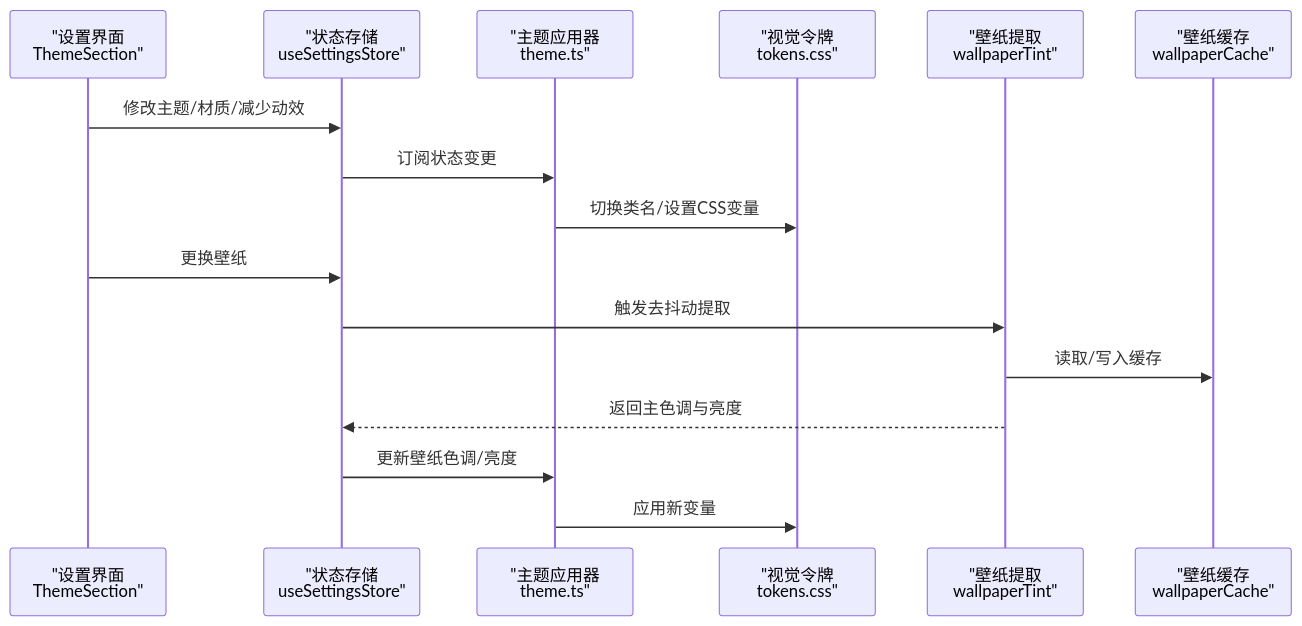
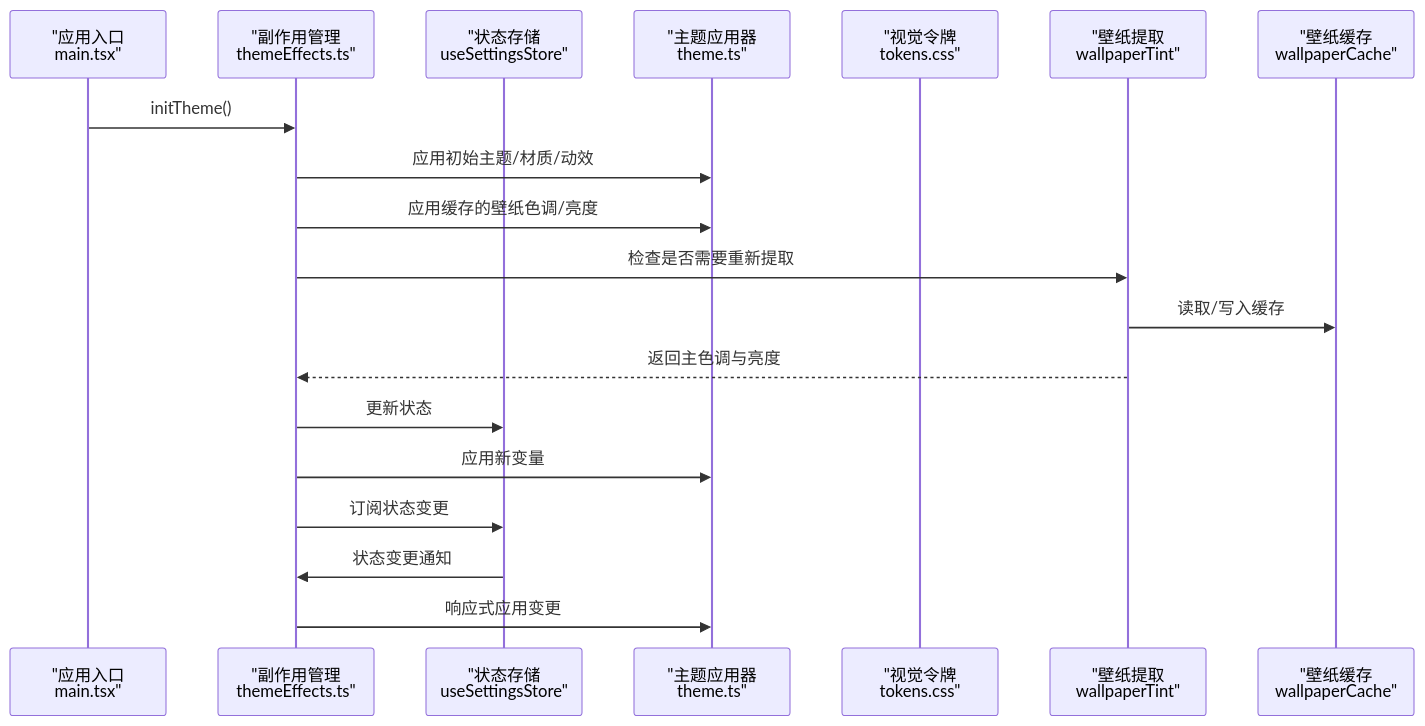
The second of 5 diagrams in .qoder/repowiki/zh/content/设置与配置系统/主题配置模块.md (Zy0913/xtab), drawn with Mermaid before and after one commit. The commit also changed other lines of this file and 15 other files, not shown here.

````diff
--- a/.qoder/repowiki/zh/content/设置与配置系统/主题配置模块.md
+++ b/.qoder/repowiki/zh/content/设置与配置系统/主题配置模块.md
@@ -114,18 +130,21 @@
 ```mermaid
 sequenceDiagram
-participant UI as "设置界面<br/>ThemeSection"
+participant Main as "应用入口<br/>main.tsx"
+participant Effects as "副作用管理<br/>themeEffects.ts"
 participant Store as "状态存储<br/>useSettingsStore"
 participant Theme as "主题应用器<br/>theme.ts"
 participant CSS as "视觉令牌<br/>tokens.css"
 participant WP as "壁纸提取<br/>wallpaperTint"
 participant Cache as "壁纸缓存<br/>wallpaperCache"
-UI->>Store : 修改主题/材质/减少动效
-Store->>Theme : 订阅状态变更
-Theme->>CSS : 切换类名/设置CSS变量
-UI->>Store : 更换壁纸
-Store->>WP : 触发去抖动提取
+Main->>Effects : initTheme()
+Effects->>Theme : 应用初始主题/材质/动效
+Effects->>Theme : 应用缓存的壁纸色调/亮度
+Effects->>WP : 检查是否需要重新提取
 WP->>Cache : 读取/写入缓存
-WP-->>Store : 返回主色调与亮度
-Store->>Theme : 更新壁纸色调/亮度
-Theme->>CSS : 应用新变量
+WP-->>Effects : 返回主色调与亮度
+Effects->>Store : 更新状态
+Effects->>Theme : 应用新变量
+Effects->>Store : 订阅状态变更
+Store->>Effects : 状态变更通知
+Effects->>Theme : 响应式应用变更
 ```
````
